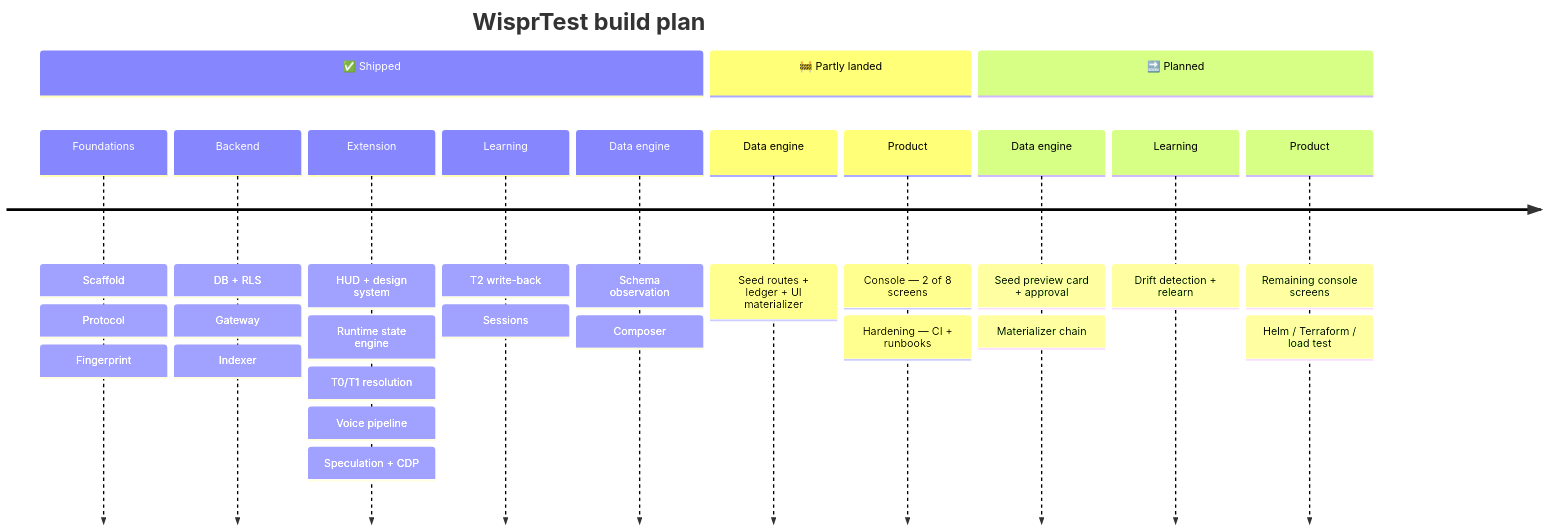
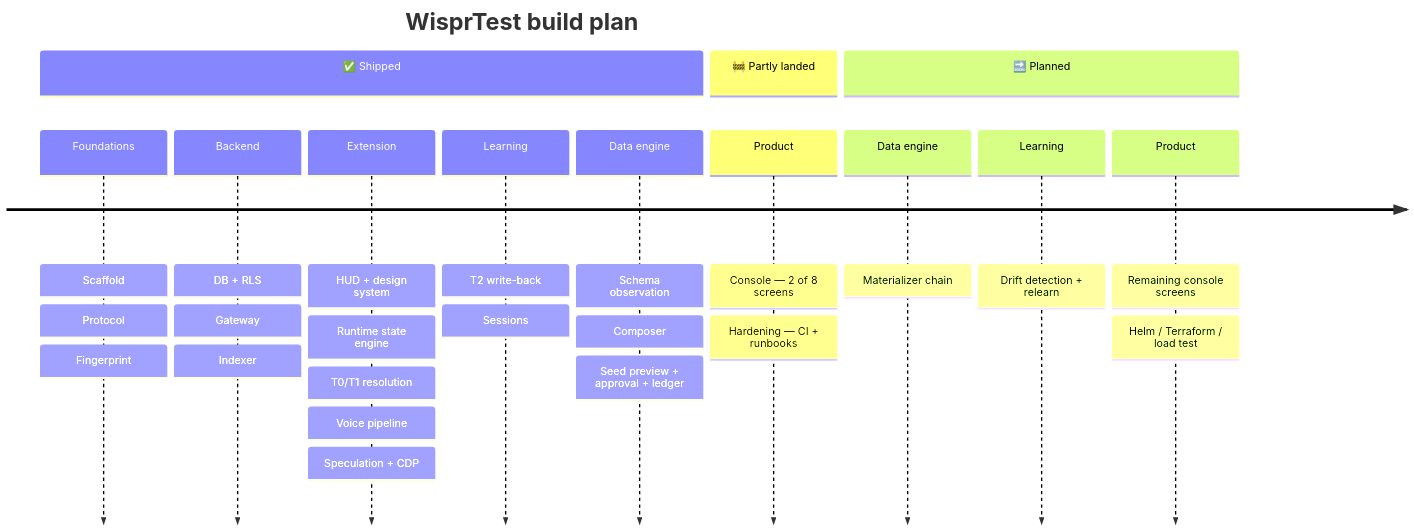
One commit to Rkcr007/wisprtest changed the sixth of 6 diagrams in README.md. Above: the diagram before and after it, drawn with Mermaid. The commit also changed other lines of this file and 25 other files, not shown here.

````diff
--- a/README.md
+++ b/README.md
@@ -344,17 +344,16 @@
 ```mermaid
 timeline
     title WisprTest build plan
     section ✅ Shipped
         Foundations : Scaffold : Protocol : Fingerprint
         Backend : DB + RLS : Gateway : Indexer
         Extension : HUD + design system : Runtime state engine : T0/T1 resolution : Voice pipeline : Speculation + CDP
         Learning : T2 write-back : Sessions
-        Data engine : Schema observation : Composer
+        Data engine : Schema observation : Composer : Seed preview + approval + ledger
     section 🚧 Partly landed
-        Data engine : Seed routes + ledger + UI materializer
         Product : Console — 2 of 8 screens : Hardening — CI + runbooks
     section 🔜 Planned
-        Data engine : Seed preview card + approval : Materializer chain
+        Data engine : Materializer chain
         Learning : Drift detection + relearn
         Product : Remaining console screens : Helm / Terraform / load test
 ```
````
